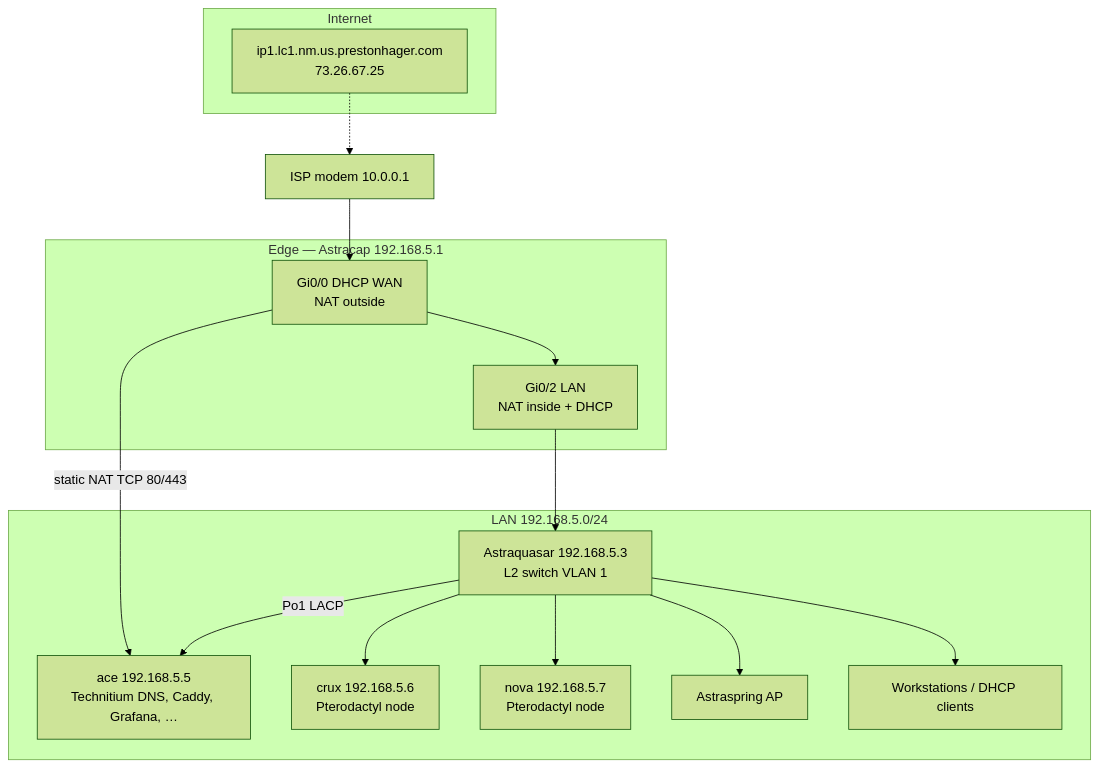
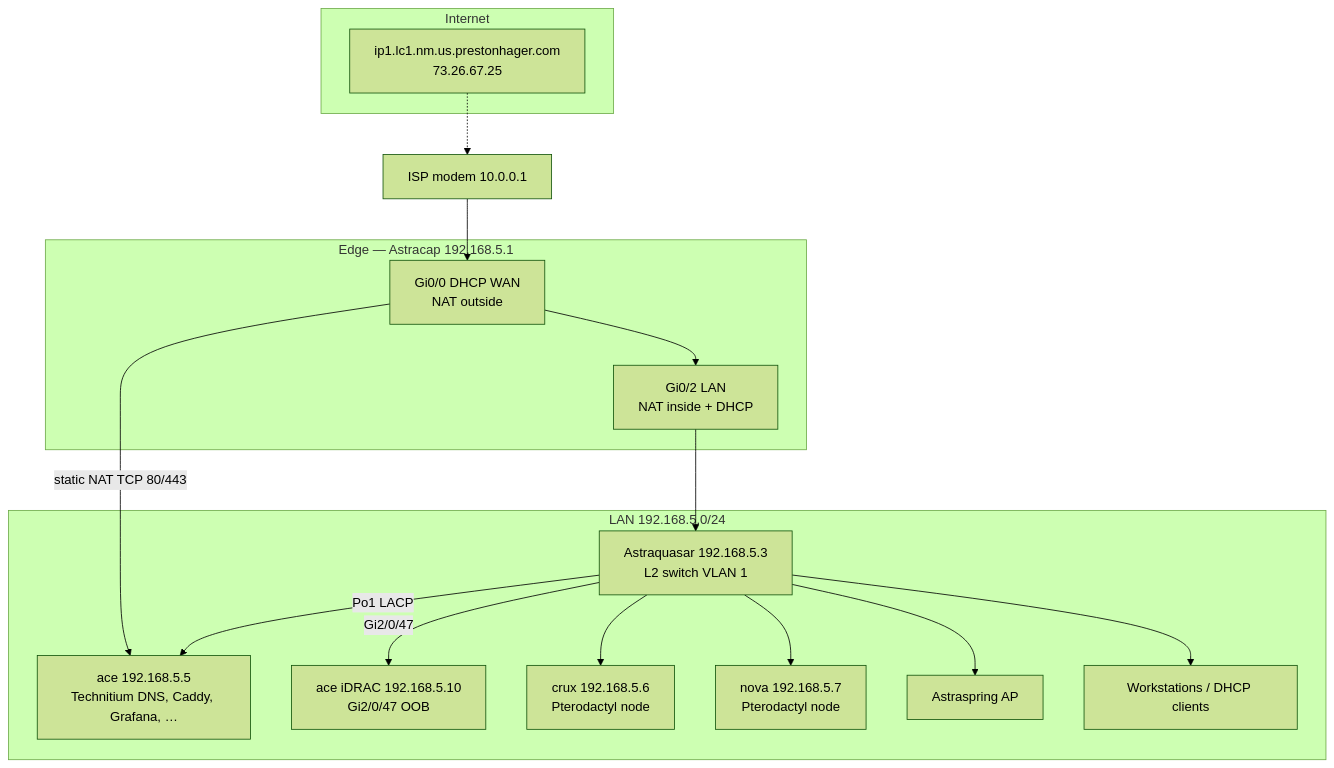
One commit to PrestonHager/nixos-configs changed the first of 2 diagrams in docs/network-topology.md. Above: the diagram before and after it, drawn with Mermaid (forest theme). The commit also changed other lines of this file and 8 other files, not shown here.

First line of the commit message:
Document ace iDRAC at 192.168.5.10 in the static DHCP-excluded range.

````diff
--- a/docs/network-topology.md
+++ b/docs/network-topology.md
@@ -7,33 +7,35 @@
 ```mermaid
 flowchart TB
   subgraph WAN["Internet"]
     Pub["ip1.lc1.nm.us.prestonhager.com<br/>73.26.67.25"]
   end
 
   subgraph Edge["Edge — Astracap 192.168.5.1"]
     Gi0["Gi0/0 DHCP WAN<br/>NAT outside"]
     Gi2["Gi0/2 LAN<br/>NAT inside + DHCP"]
   end
 
   subgraph LAN["LAN 192.168.5.0/24"]
     SW["Astraquasar 192.168.5.3<br/>L2 switch VLAN 1"]
     Ace["ace 192.168.5.5<br/>Technitium DNS, Caddy, Grafana, …"]
+    iDRAC["ace iDRAC 192.168.5.10<br/>Gi2/0/47 OOB"]
     Crux["crux 192.168.5.6<br/>Pterodactyl node"]
     Nova["nova 192.168.5.7<br/>Pterodactyl node"]
     AP["Astraspring AP"]
     WS["Workstations / DHCP clients"]
   end
 
   Modem["ISP modem 10.0.0.1"]
 
   Pub -.-> Modem
   Modem --> Gi0
   Gi0 --> Gi2
   Gi2 --> SW
   SW -->|"Po1 LACP"| Ace
+  SW -->|"Gi2/0/47"| iDRAC
   SW --> AP
   SW --> Crux
   SW --> Nova
   SW --> WS
   Gi0 -->|"static NAT TCP 80/443"| Ace
 ```
````
